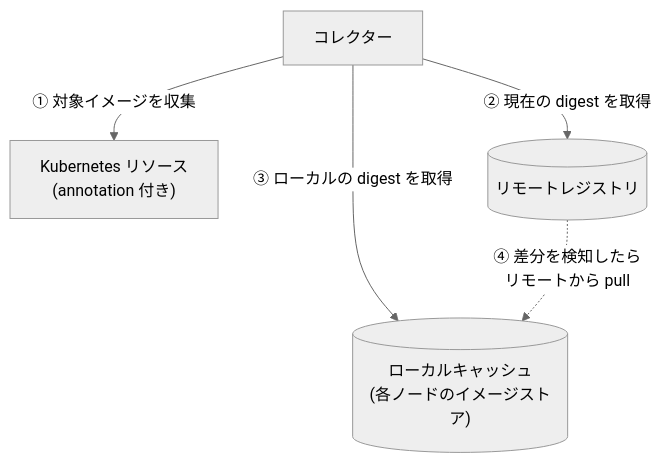
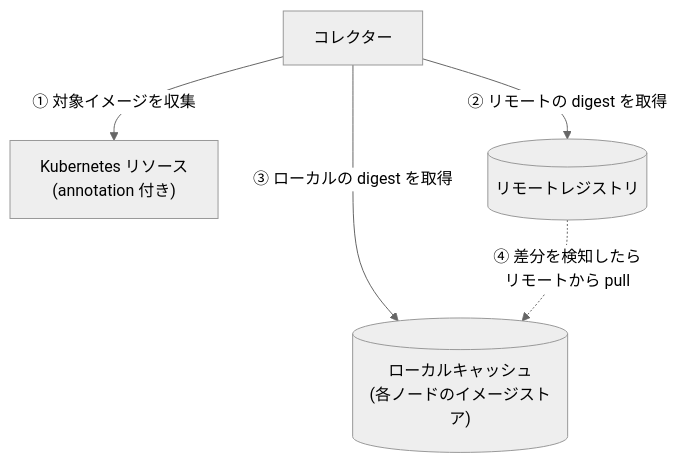
The first of 2 diagrams in README.md (sasano8/kube-floatingtag-pinner), drawn with Mermaid (neutral theme) before and after one commit.

Commit message:
README: 概要図の②を「リモートの digest を取得」に修正
Claude-Session: https://claude.ai/code/session_019rZvkSL7Th44LVS5DsW2yH

````diff
--- a/README.md
+++ b/README.md
@@ -36,12 +36,12 @@
 ```mermaid
 flowchart TB
     K["Kubernetes リソース<br/>(annotation 付き)"]
     C["コレクター"]
     R[("リモートレジストリ")]
     L[("ローカルキャッシュ<br/>(各ノードのイメージストア)")]
 
     C -- "① 対象イメージを収集" --> K
-    C -- "② 現在の digest を取得" --> R
+    C -- "② リモートの digest を取得" --> R
     C -- "③ ローカルの digest を取得" --> L
     R -. "④ 差分を検知したら<br/>リモートから pull" .-> L
 ```
````
